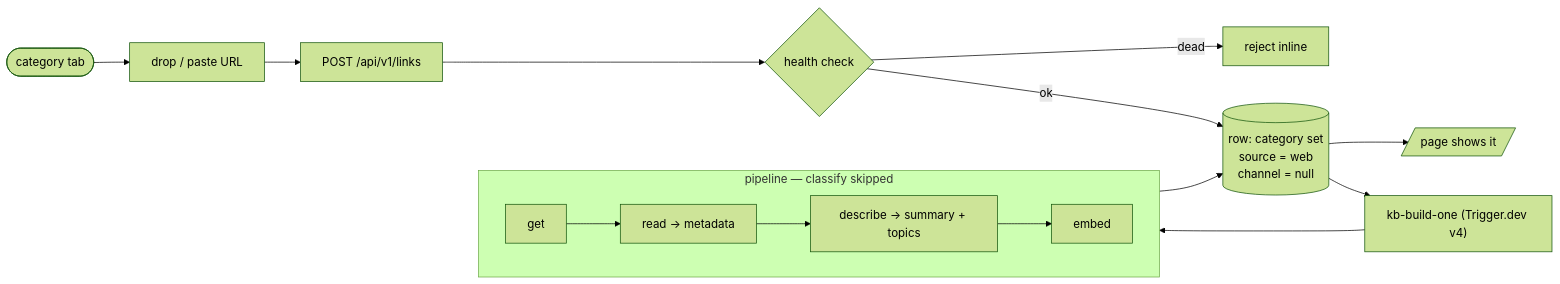
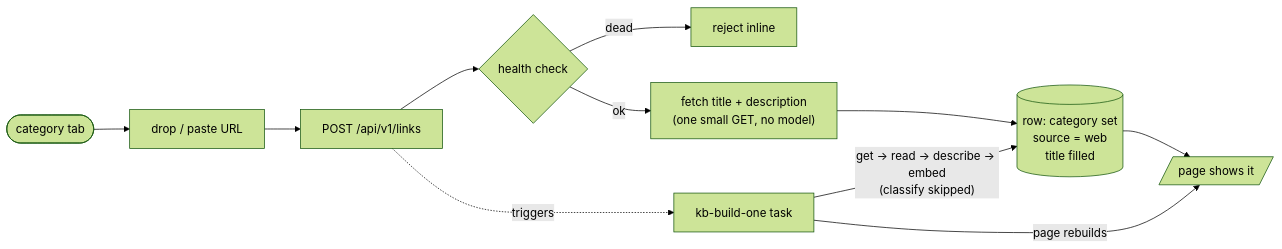
Before and after one commit to SouravInsights/souravinsights.com: the diagram in docs/spec/on-site-link-intake.md, drawn with Mermaid (forest theme). The commit also changed other lines of this file, not shown here.

````diff
--- a/docs/spec/on-site-link-intake.md
+++ b/docs/spec/on-site-link-intake.md
@@ -18,15 +13,13 @@
 ```mermaid
 flowchart LR
     A([category tab]) --> DZ[drop / paste URL]
     DZ --> API["POST /api/v1/links"]
     API --> H{health check}
     H -- dead --> X[reject inline]
-    H -- ok --> DB[("row: category set<br/>source = web<br/>channel = null")]
+    H -- ok --> M["fetch title + description<br/>(one small GET, no model)"]
+    M --> DB[("row: category set<br/>source = web<br/>title filled")]
     DB --> P[/page shows it/]
-    DB --> T["kb-build-one (Trigger.dev v4)"]
-    subgraph T2["pipeline — classify skipped"]
-      direction LR
-      G[get] --> R[read → metadata] --> D[describe → summary + topics] --> E[embed]
-    end
-    T --> T2 --> DB
+    API -.->|triggers| T["kb-build-one task"]
+    T -->|"get → read → describe → embed<br/>(classify skipped)"| DB
+    T -->|"page rebuilds"| P
 ```
````
